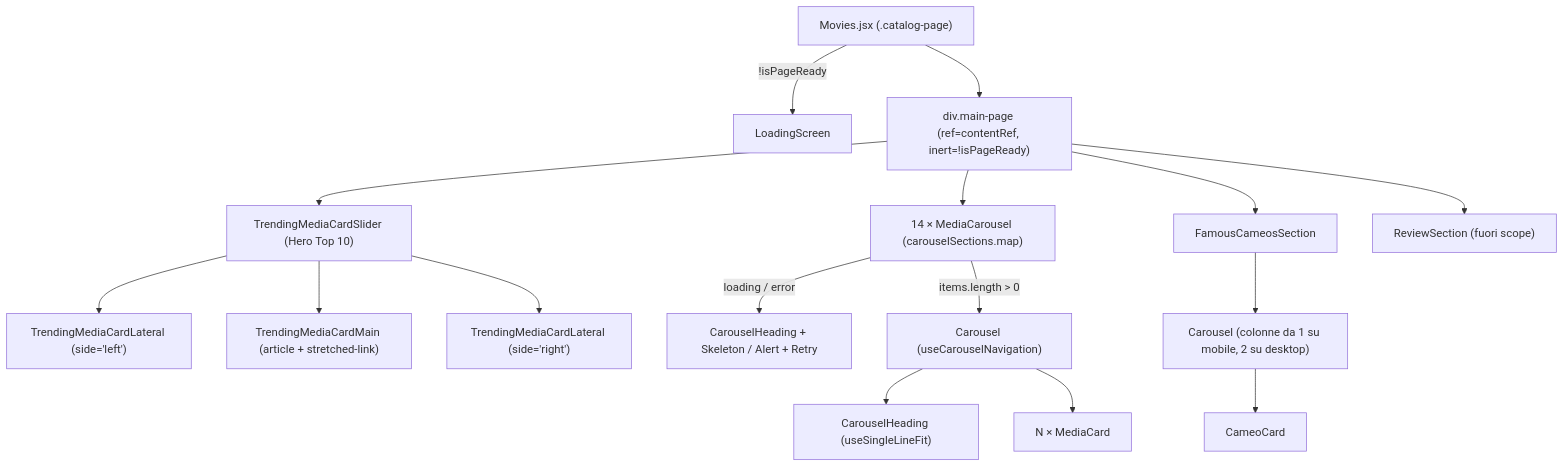
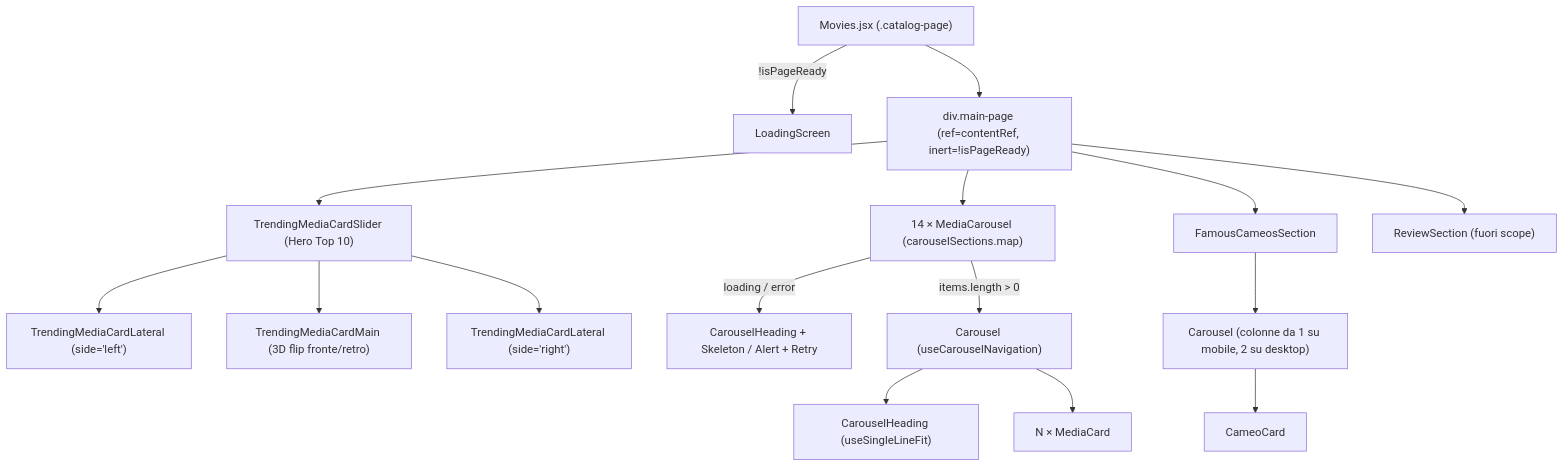
One commit to Lorenzo207378/Cameos changed the second of 2 diagrams in docs/pages/movies.md. Above: the diagram before and after it, drawn with Mermaid. The commit also changed other lines of this file and 7 other files, not shown here.

Commit message:
refactor: enhance TrendingMediaCardMain with 3D flip animation and improved accessibility. Update props for better interaction and reset behavior on slide change.

````diff
--- a/docs/pages/movies.md
+++ b/docs/pages/movies.md
@@ -152,23 +152,23 @@
 ```mermaid
 flowchart TD
     Root["Movies.jsx (.catalog-page)"]
     Root -->|"!isPageReady"| Loader["LoadingScreen"]
     Root --> Main["div.main-page (ref=contentRef, inert=!isPageReady)"]
 
     Main --> Slider["TrendingMediaCardSlider (Hero Top 10)"]
     Slider --> LatL["TrendingMediaCardLateral (side='left')"]
-    Slider --> Hero["TrendingMediaCardMain (article + stretched-link)"]
+    Slider --> Hero["TrendingMediaCardMain (3D flip fronte/retro)"]
     Slider --> LatR["TrendingMediaCardLateral (side='right')"]
 
     Main --> CatLoop["14 × MediaCarousel (carouselSections.map)"]
     CatLoop -->|"loading / error"| Place["CarouselHeading + Skeleton / Alert + Retry"]
     CatLoop -->|"items.length > 0"| Car["Carousel (useCarouselNavigation)"]
     Car --> Head["CarouselHeading (useSingleLineFit)"]
     Car --> Cards["N × MediaCard"]
 
     Main --> Famous["FamousCameosSection"]
     Famous --> CarC["Carousel (colonne da 1 su mobile, 2 su desktop)"]
     CarC --> CCards["CameoCard"]
 
     Main --> Rev["ReviewSection (fuori scope)"]
 ```
````
